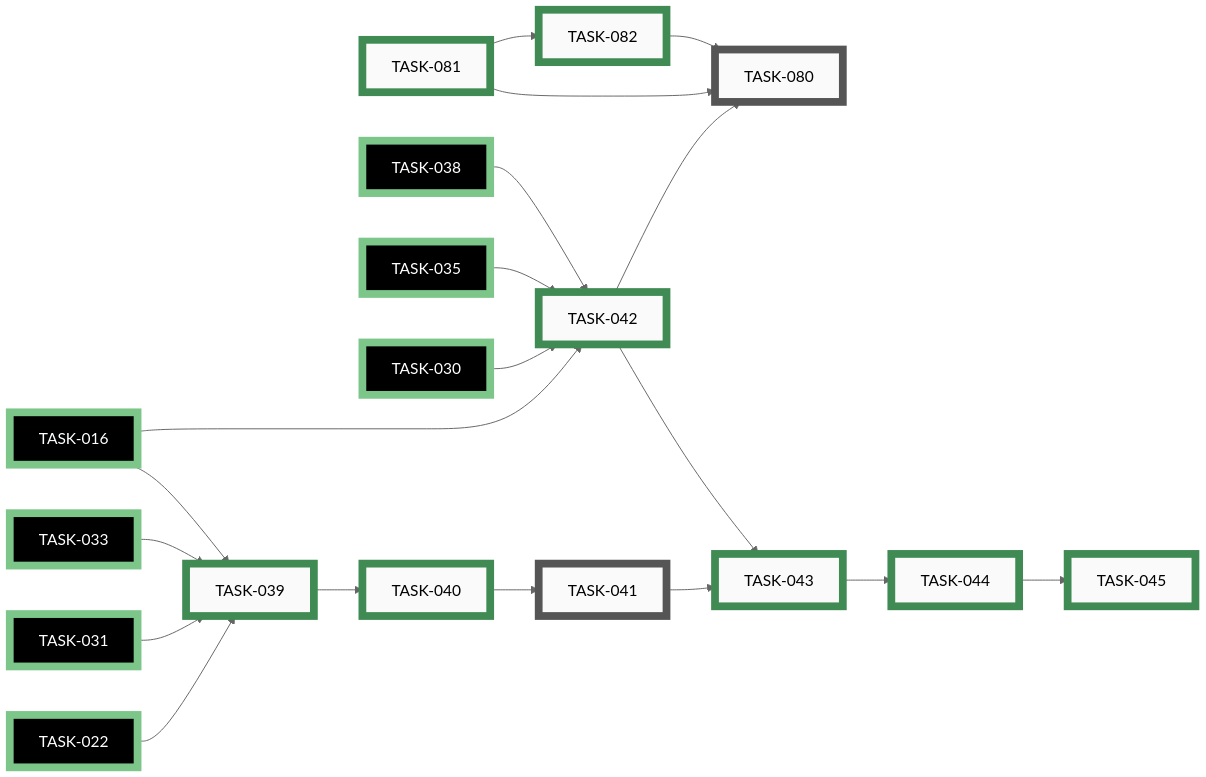
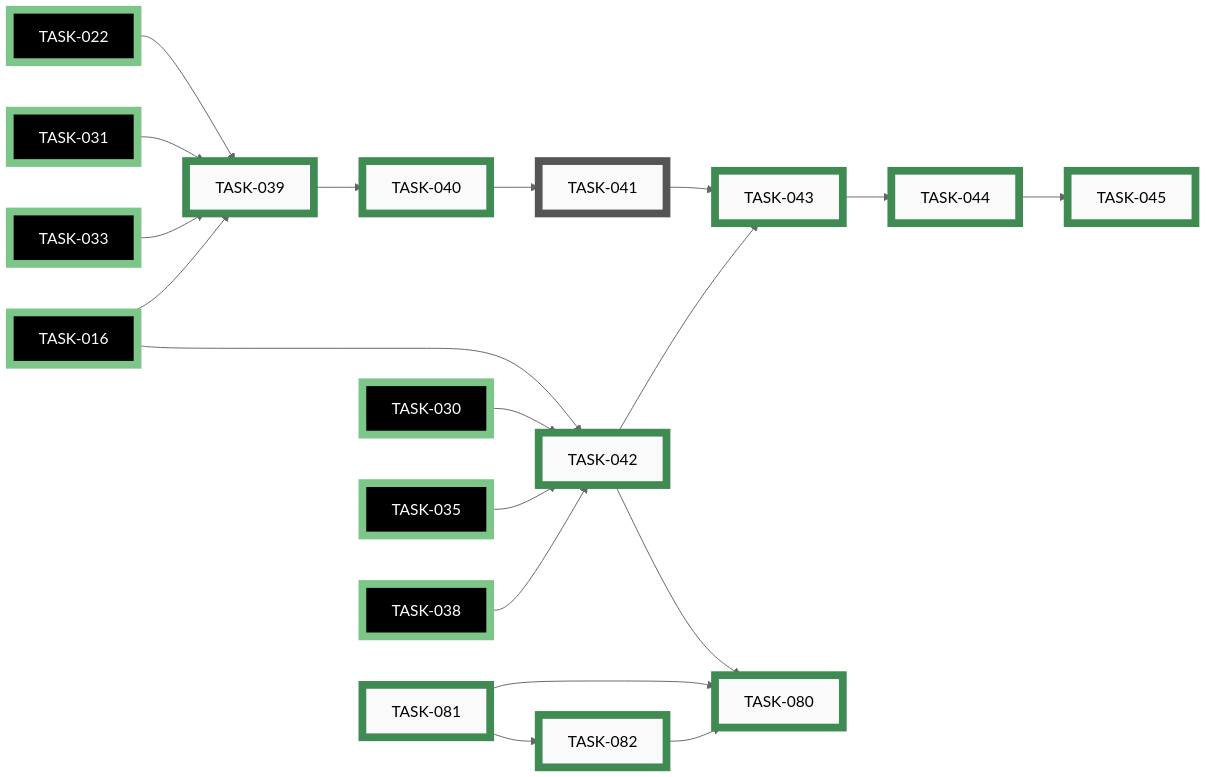
One commit to tgd1975/CircuitSmith changed the sixth of 11 diagrams in docs/developers/tasks/EPICS.md. Above: the diagram before and after it, drawn with Mermaid (neutral theme). The commit also changed other lines of this file and 3 other files, not shown here.

First line of the commit message:
close TASK-080: Publish circuitsmith package to PyPI (first real 0.1.0)

````diff
--- a/docs/developers/tasks/EPICS.md
+++ b/docs/developers/tasks/EPICS.md
@@ -351,63 +351,63 @@
 ```mermaid
 graph LR
     TASK_041["TASK-041"]:::open
-    TASK_080["TASK-080"]:::open
     TASK_039["TASK-039"]:::closed
     TASK_040["TASK-040"]:::closed
     TASK_042["TASK-042"]:::closed
     TASK_043["TASK-043"]:::closed
     TASK_044["TASK-044"]:::closed
     TASK_045["TASK-045"]:::closed
+    TASK_080["TASK-080"]:::closed
     TASK_081["TASK-081"]:::closed
     TASK_082["TASK-082"]:::closed
     TASK_016["TASK-016"]:::closedExt
     TASK_022["TASK-022"]:::closedExt
     TASK_030["TASK-030"]:::closedExt
     TASK_031["TASK-031"]:::closedExt
     TASK_033["TASK-033"]:::closedExt
     TASK_035["TASK-035"]:::closedExt
     TASK_038["TASK-038"]:::closedExt
     TASK_040 --> TASK_041
-    TASK_042 --> TASK_080
-    TASK_081 --> TASK_080
-    TASK_082 --> TASK_080
     TASK_022 --> TASK_039
     TASK_031 --> TASK_039
     TASK_033 --> TASK_039
     TASK_016 --> TASK_039
     TASK_039 --> TASK_040
     TASK_016 --> TASK_042
     TASK_030 --> TASK_042
     TASK_035 --> TASK_042
     TASK_038 --> TASK_042
     TASK_041 --> TASK_043
     TASK_042 --> TASK_043
     TASK_043 --> TASK_044
     TASK_044 --> TASK_045
+    TASK_042 --> TASK_080
+    TASK_081 --> TASK_080
+    TASK_082 --> TASK_080
     TASK_081 --> TASK_082
     click TASK_041 "open/task-041-run-five-acceptance-tests.md"
-    click TASK_080 "open/task-080-publish-circuitsmith-to-pypi.md"
     click TASK_039 "closed/task-039-write-skill-md-system-prompt.md"
     click TASK_040 "closed/task-040-register-skill-in-vibe-config.md"
     click TASK_042 "closed/task-042-finalise-skill-docs.md"
     click TASK_043 "closed/task-043-create-standalone-circuit-skill-repo.md"
     click TASK_044 "closed/task-044-extract-skill-commit-history.md"
     click TASK_045 "closed/task-045-replace-skill-dir-with-pinned-copy.md"
+    click TASK_080 "closed/task-080-publish-circuitsmith-to-pypi.md"
     click TASK_081 "closed/task-081-author-release-workflow-scaffolding.md"
     click TASK_082 "closed/task-082-author-release-skill.md"
     click TASK_016 "closed/task-016-write-renderer-and-layout-docs.md"
     click TASK_022 "closed/task-022-implement-erc-engine.md"
     click TASK_030 "closed/task-030-write-erc-checks-reference-doc.md"
     click TASK_031 "closed/task-031-implement-bom-exporter.md"
     click TASK_033 "closed/task-033-implement-netlist-exporter.md"
     click TASK_035 "closed/task-035-extend-ci-and-docs-for-exporters.md"
     click TASK_038 "closed/task-038-update-pre-commit-hook-for-circuit-yml.md"
     classDef open    fill:#FAFAFA,stroke:#555,stroke-width:8px,color:#000
     classDef active  fill:#FAFAFA,stroke:#1A6FA8,stroke-width:8px,color:#000
     classDef closed  fill:#FAFAFA,stroke:#3F8B53,stroke-width:8px,color:#000
     classDef paused  fill:#FAFAFA,stroke:#B07810,stroke-width:8px,color:#000
     classDef openExt    fill:#000,stroke:#888,stroke-width:8px,color:#FFF
     classDef activeExt  fill:#000,stroke:#3FA9F5,stroke-width:8px,color:#FFF
     classDef closedExt  fill:#000,stroke:#7CC68A,stroke-width:8px,color:#FFF
     classDef pausedExt  fill:#000,stroke:#F0B030,stroke-width:8px,color:#FFF
 ```
````
